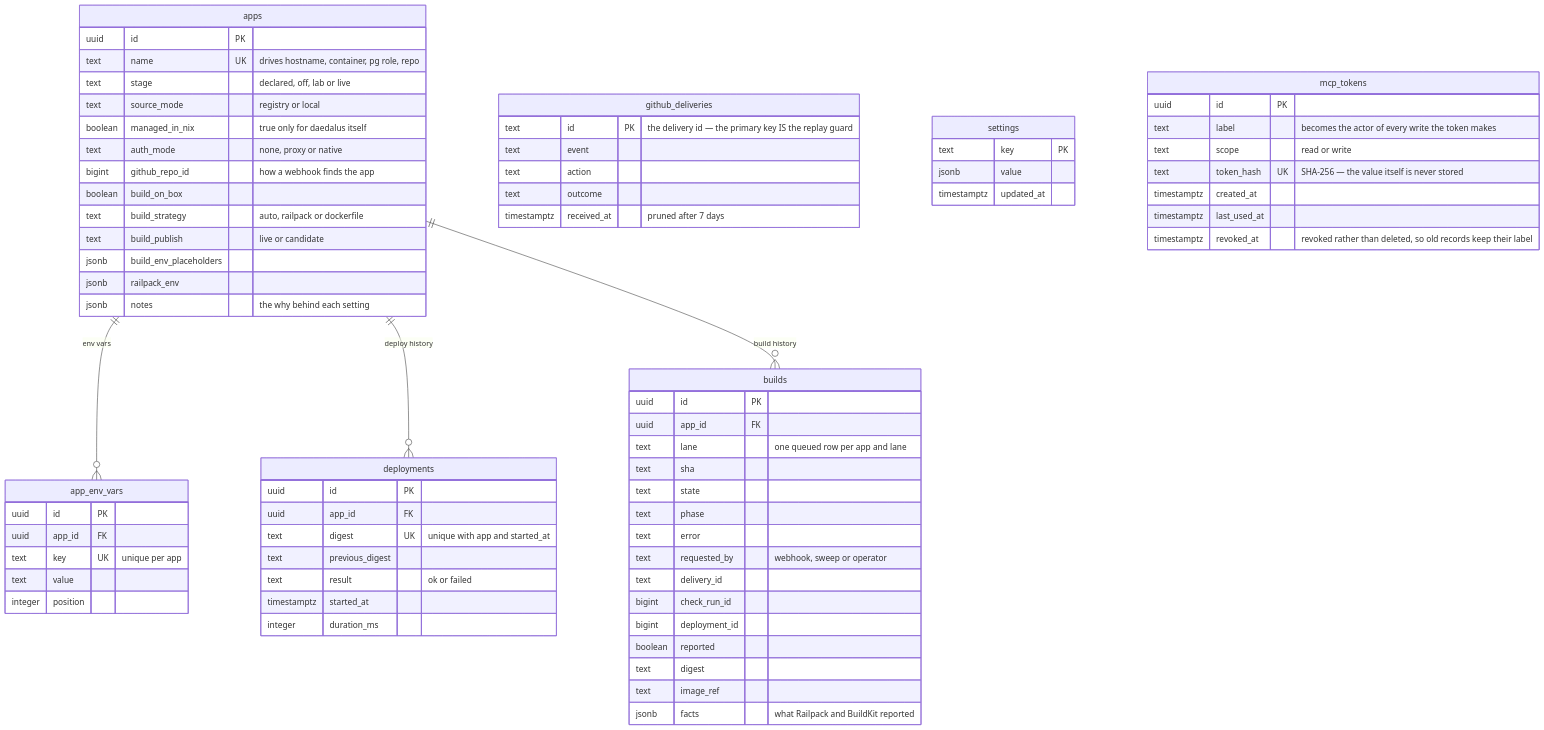
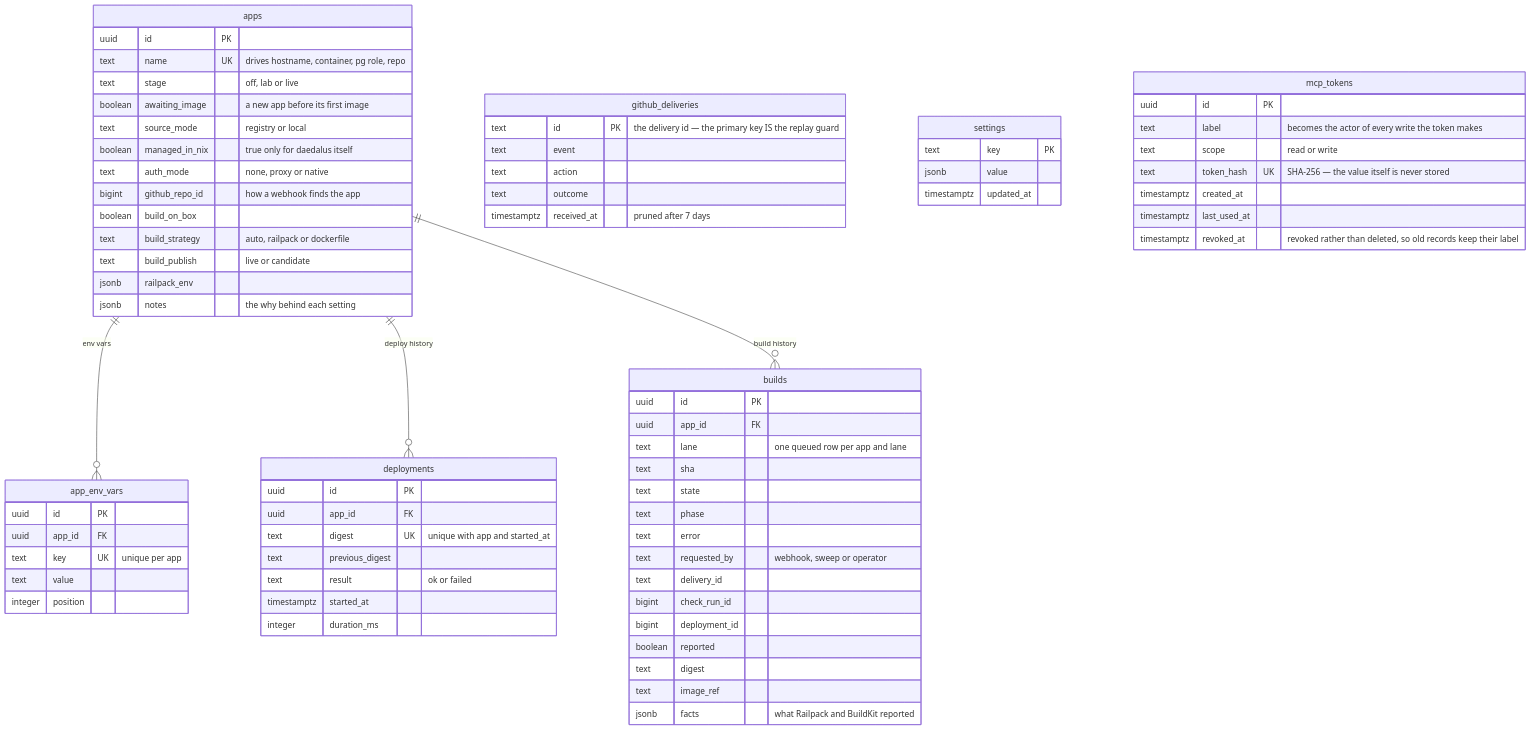
Before and after one commit to santiagotoscanini/daedalus: the fifth of 5 diagrams in ARCHITECTURE.md, drawn with Mermaid. The commit also changed other lines of this file and 75 other files, not shown here.

````diff
--- a/ARCHITECTURE.md
+++ b/ARCHITECTURE.md
@@ -487,82 +487,82 @@
 ```mermaid
 erDiagram
   apps ||--o{ app_env_vars : "env vars"
   apps ||--o{ deployments : "deploy history"
   apps ||--o{ builds : "build history"
 
   apps {
     uuid id PK
     text name UK "drives hostname, container, pg role, repo"
-    text stage "declared, off, lab or live"
+    text stage "off, lab or live"
+    boolean awaiting_image "a new app before its first image"
     text source_mode "registry or local"
     boolean managed_in_nix "true only for daedalus itself"
     text auth_mode "none, proxy or native"
     bigint github_repo_id "how a webhook finds the app"
     boolean build_on_box
     text build_strategy "auto, railpack or dockerfile"
     text build_publish "live or candidate"
-    jsonb build_env_placeholders
     jsonb railpack_env
     jsonb notes "the why behind each setting"
   }
 
   app_env_vars {
     uuid id PK
     uuid app_id FK
     text key UK "unique per app"
     text value
     integer position
   }
 
   deployments {
     uuid id PK
     uuid app_id FK
     text digest UK "unique with app and started_at"
     text previous_digest
     text result "ok or failed"
     timestamptz started_at
     integer duration_ms
   }
 
   builds {
     uuid id PK
     uuid app_id FK
     text lane "one queued row per app and lane"
     text sha
     text state
     text phase
     text error
     text requested_by "webhook, sweep or operator"
     text delivery_id
     bigint check_run_id
     bigint deployment_id
     boolean reported
     text digest
     text image_ref
     jsonb facts "what Railpack and BuildKit reported"
   }
 
   github_deliveries {
     text id PK "the delivery id — the primary key IS the replay guard"
     text event
     text action
     text outcome
     timestamptz received_at "pruned after 7 days"
   }
 
   settings {
     text key PK
     jsonb value
     timestamptz updated_at
   }
 
   mcp_tokens {
     uuid id PK
     text label "becomes the actor of every write the token makes"
     text scope "read or write"
     text token_hash UK "SHA-256 — the value itself is never stored"
     timestamptz created_at
     timestamptz last_used_at
     timestamptz revoked_at "revoked rather than deleted, so old records keep their label"
   }
 ```
````
